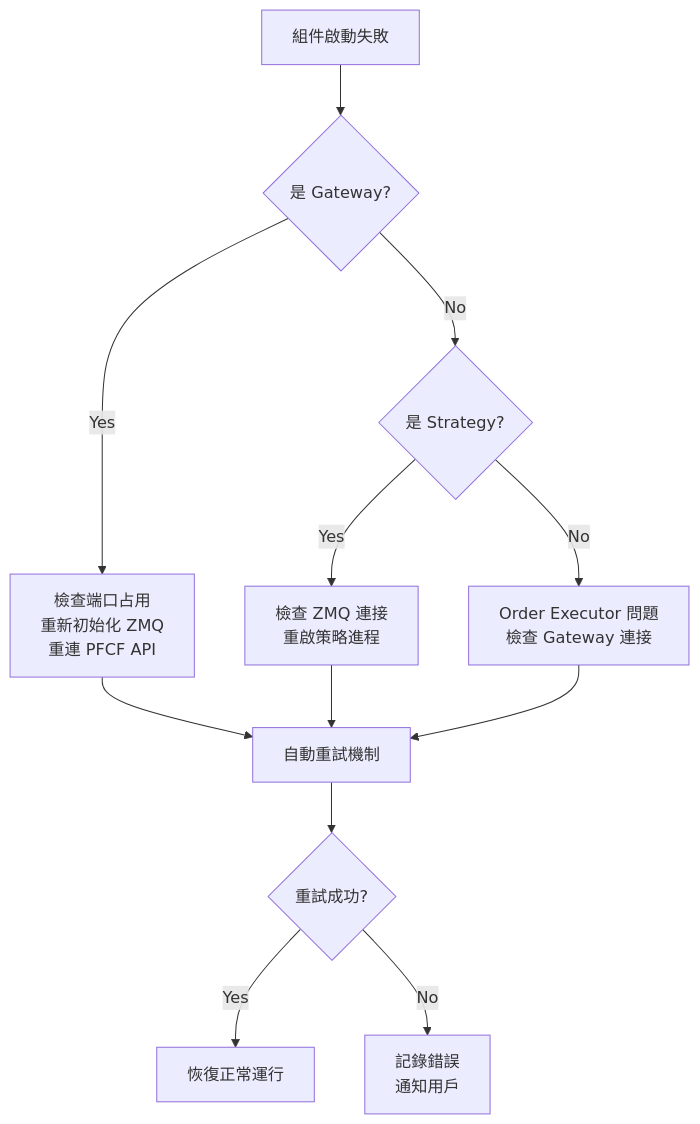
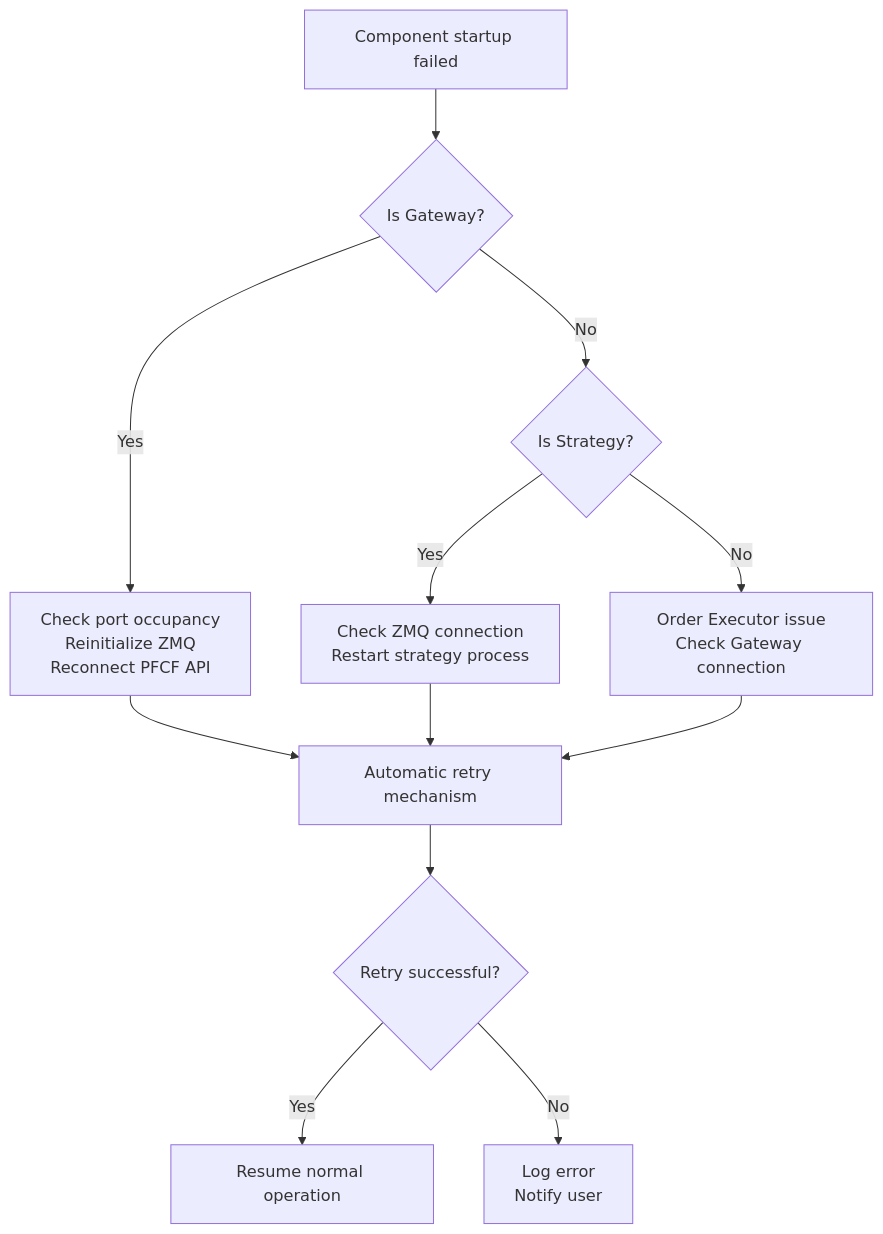
The fifth of 5 diagrams in docs/guides/ALLINONE_CONTROLLER_GUIDE.md (ttpss930141011/auto-futures-trading-machine), drawn with Mermaid before and after one commit. The commit also changed other lines of this file and 5 other files, not shown here.

````diff
--- a/docs/guides/ALLINONE_CONTROLLER_GUIDE.md
+++ b/docs/guides/ALLINONE_CONTROLLER_GUIDE.md
@@ -221,16 +221,16 @@
 ```mermaid
 flowchart TD
-    A[組件啟動失敗] --> B{是 Gateway?}
-    B -->|Yes| C[檢查端口占用<br/>重新初始化 ZMQ<br/>重連 PFCF API]
-    B -->|No| D{是 Strategy?}
-    D -->|Yes| E[檢查 ZMQ 連接<br/>重啟策略進程]
-    D -->|No| F[Order Executor 問題<br/>檢查 Gateway 連接]
+    A[Component startup failed] --> B{Is Gateway?}
+    B -->|Yes| C[Check port occupancy<br/>Reinitialize ZMQ<br/>Reconnect PFCF API]
+    B -->|No| D{Is Strategy?}
+    D -->|Yes| E[Check ZMQ connection<br/>Restart strategy process]
+    D -->|No| F[Order Executor issue<br/>Check Gateway connection]
     
-    C --> G[自動重試機制]
+    C --> G[Automatic retry mechanism]
     E --> G
     F --> G
     
-    G --> H{重試成功?}
-    H -->|Yes| I[恢復正常運行]
-    H -->|No| J[記錄錯誤<br/>通知用戶]
+    G --> H{Retry successful?}
+    H -->|Yes| I[Resume normal operation]
+    H -->|No| J[Log error<br/>Notify user]
 ```
````
